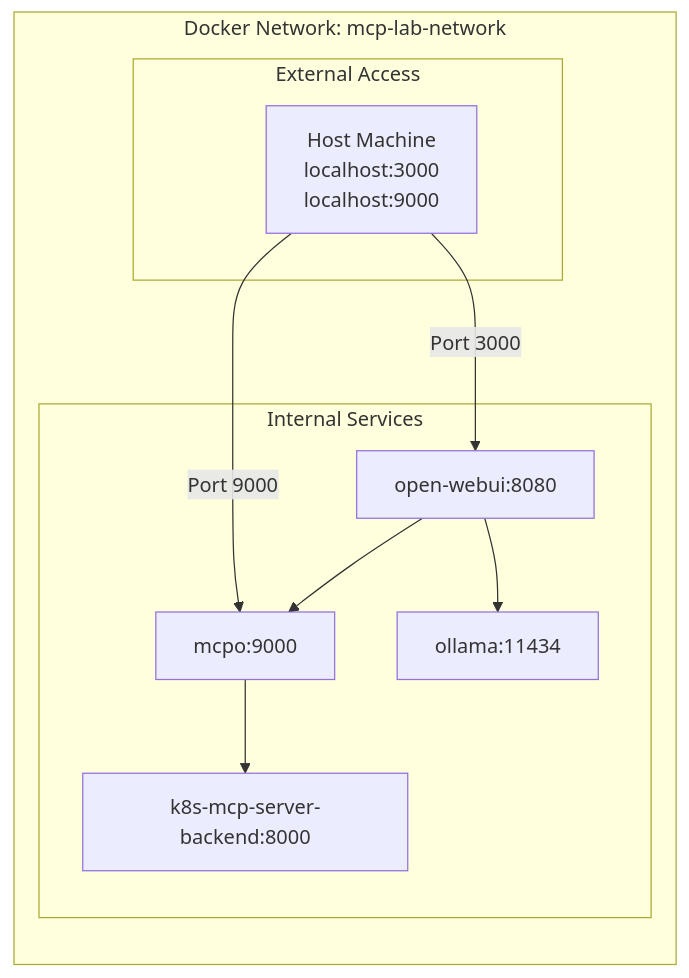
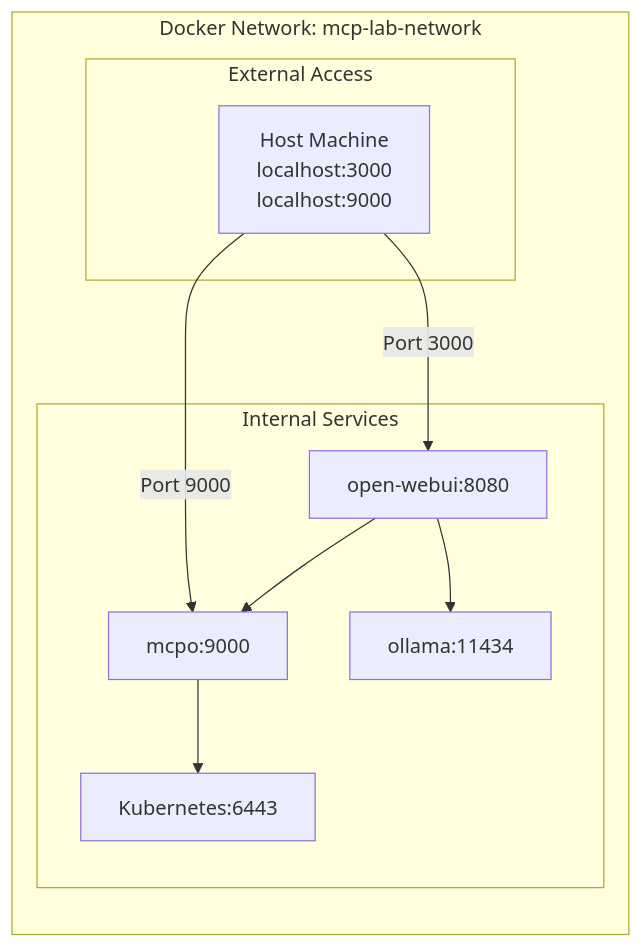
One commit to elevy99927/devops-mcp-webui changed the second of 2 diagrams in README.md. Above: the diagram before and after it, drawn with Mermaid. The commit also changed other lines of this file and 2 other files, not shown here.

Commit message:
fix flow and components in README

````diff
--- a/README.md
+++ b/README.md
@@ -257,21 +249,21 @@
 ```mermaid
 graph LR
     subgraph "Docker Network: mcp-lab-network"
         subgraph "External Access"
             Host[Host Machine<br/>localhost:3000<br/>localhost:9000]
         end
         
         subgraph "Internal Services"
             OW[open-webui:8080]
             MC[mcpo:9000]
-            K8S[k8s-mcp-server-backend:8000]
+            K8S[Kubernetes:6443]
             OL[ollama:11434]
         end
     end
     
     Host -->|Port 3000| OW
     Host -->|Port 9000| MC
     OW --> OL
     OW --> MC
     MC --> K8S
 ```
````
